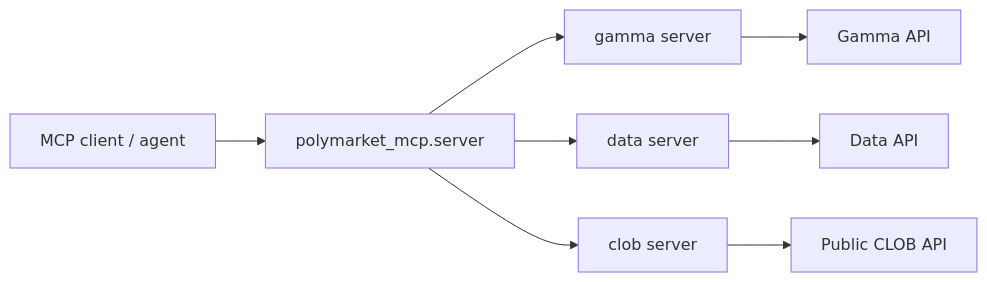
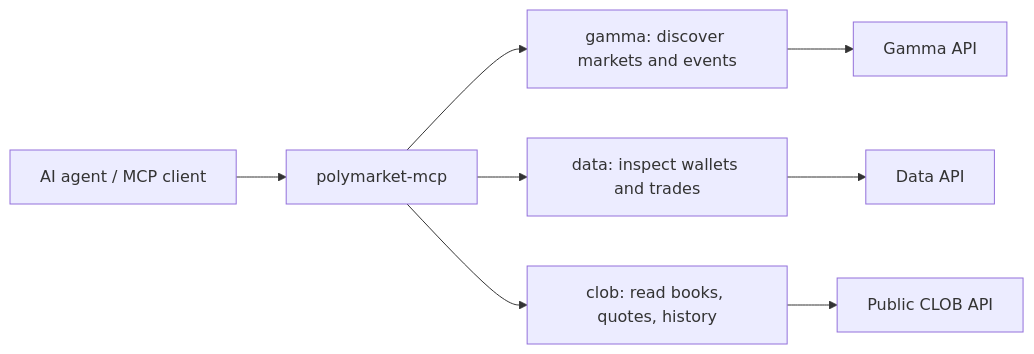
Before and after one commit to pr1m8/polymarket-mcp: the diagram in README.md, drawn with Mermaid. The commit also changed other lines of this file and 2 other files, not shown here.

````diff
--- a/README.md
+++ b/README.md
@@ -32,10 +41,10 @@
 ```mermaid
 flowchart LR
-    Client["MCP client / agent"] --> Server["polymarket_mcp.server"]
-    Server --> Gamma["gamma server"]
-    Server --> Data["data server"]
-    Server --> Clob["clob server"]
+    Agent["AI agent / MCP client"] --> MCP["polymarket-mcp"]
+    MCP --> Gamma["gamma: discover markets and events"]
+    MCP --> Data["data: inspect wallets and trades"]
+    MCP --> Clob["clob: read books, quotes, history"]
     Gamma --> GAPI["Gamma API"]
     Data --> DAPI["Data API"]
-    Clob --> CLOB["Public CLOB API"]
+    Clob --> CAPI["Public CLOB API"]
 ```
````
